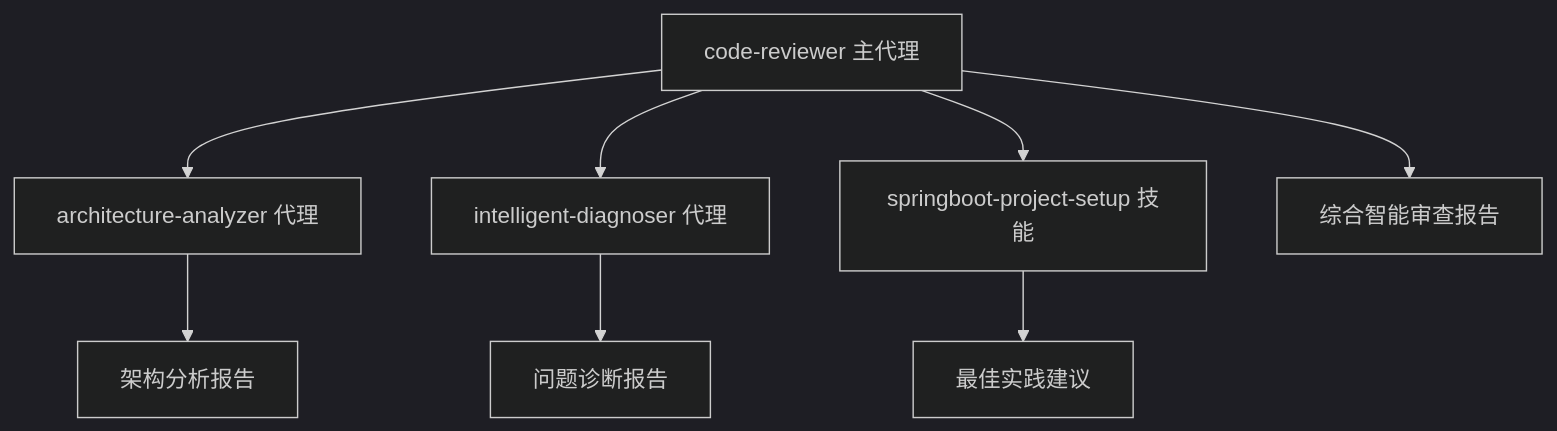
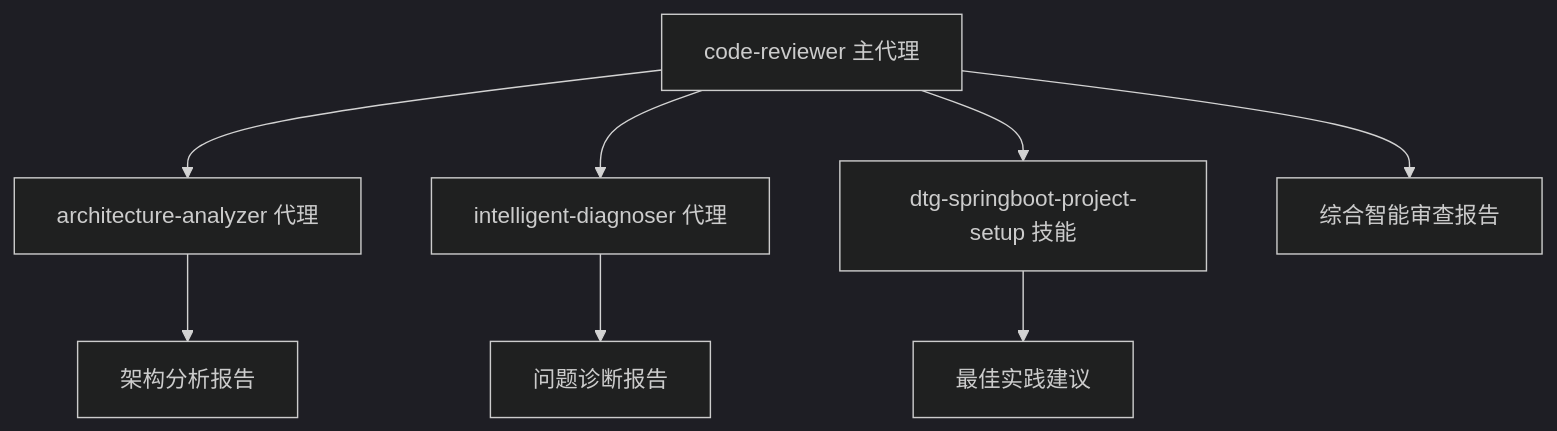
Before and after one commit to yudady01/skills: the diagram in plugins/dtg-java-skill/agents/code-reviewer.md, drawn with Mermaid (dark theme). The commit also changed 1 other file, not shown here.

Commit message:
fix: update skill references in agent files
- Update module-context-manager.md: skill name references
- Update code-reviewer.md: skill name references

🤖 Generated with [Claude Code](https://claude.com/claude-code)

````diff
--- a/plugins/dtg-java-skill/agents/code-reviewer.md
+++ b/plugins/dtg-java-skill/agents/code-reviewer.md
@@ -190,12 +190,12 @@
 ```mermaid
 graph TD
     A[code-reviewer 主代理] --> B[architecture-analyzer 代理]
     A --> C[intelligent-diagnoser 代理]
-    A --> D[springboot-project-setup 技能]
+    A --> D[dtg-springboot-project-setup 技能]
 
     B --> E[架构分析报告]
     C --> F[问题诊断报告]
     D --> G[最佳实践建议]
 
     A --> H[综合智能审查报告]
 ```
````
